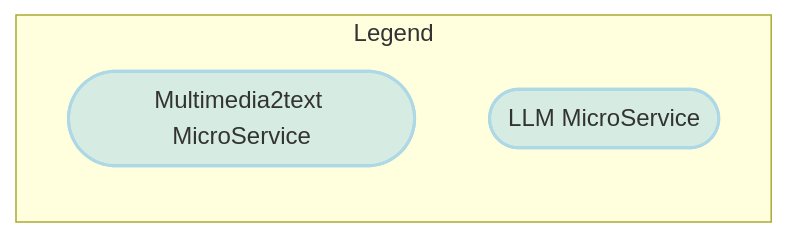
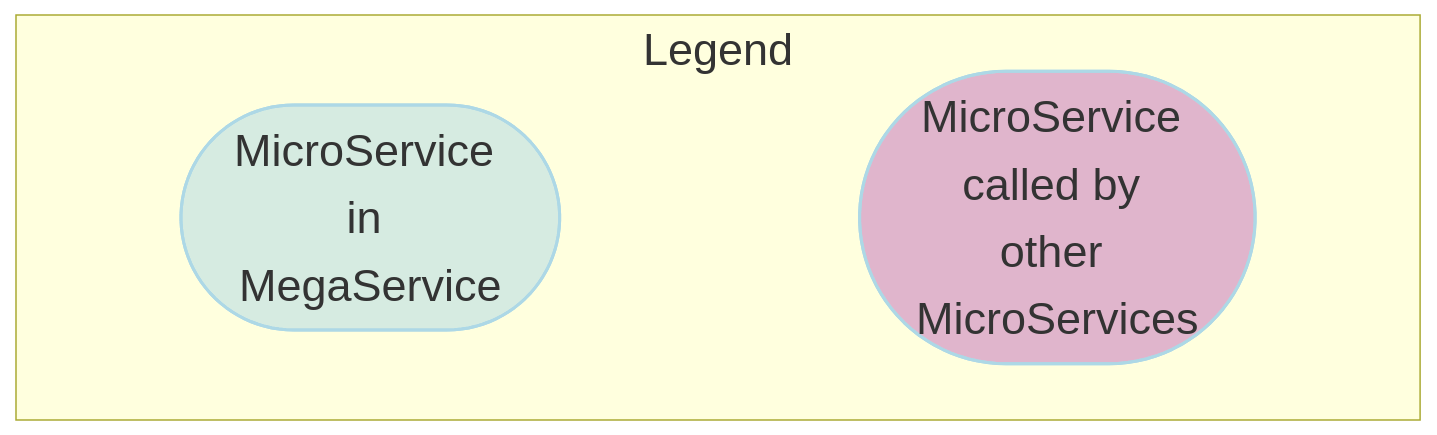
One commit to opea-project/GenAIExamples changed the first of 2 diagrams in DocSum/README.md. Above: the diagram before and after it, drawn with Mermaid. The commit also changed other lines of this file, not shown here.

Commit message:
update read me file

````diff
--- a/DocSum/README.md
+++ b/DocSum/README.md
@@ -120,15 +120,23 @@
 ```mermaid
-
+---
+config:
+  flowchart:
+    nodeSpacing: 200
+    rankSpacing: 50
+    
+  themeVariables:
+    fontSize: 30px
+---
 flowchart LR
     %% Colors %%
     classDef blue fill:#ADD8E6,stroke:#ADD8E6,stroke-width:2px,fill-opacity:0.5
     classDef orange fill:#FBAA60,stroke:#ADD8E6,stroke-width:2px,fill-opacity:0.5
     classDef orchid fill:#C26DBC,stroke:#ADD8E6,stroke-width:2px,fill-opacity:0.5
     classDef invisible fill:transparent,stroke:transparent;
     
     subgraph Legend[" Legend "]
-        M2T([Multimedia2text MicroService]):::blue
-        LLM([LLM MicroService]):::blue   
+        M2T([MicroService in MegaService ]):::blue
+        LLM([MicroService called by other MicroServices]):::orchid   
     end
 
 ```
````
